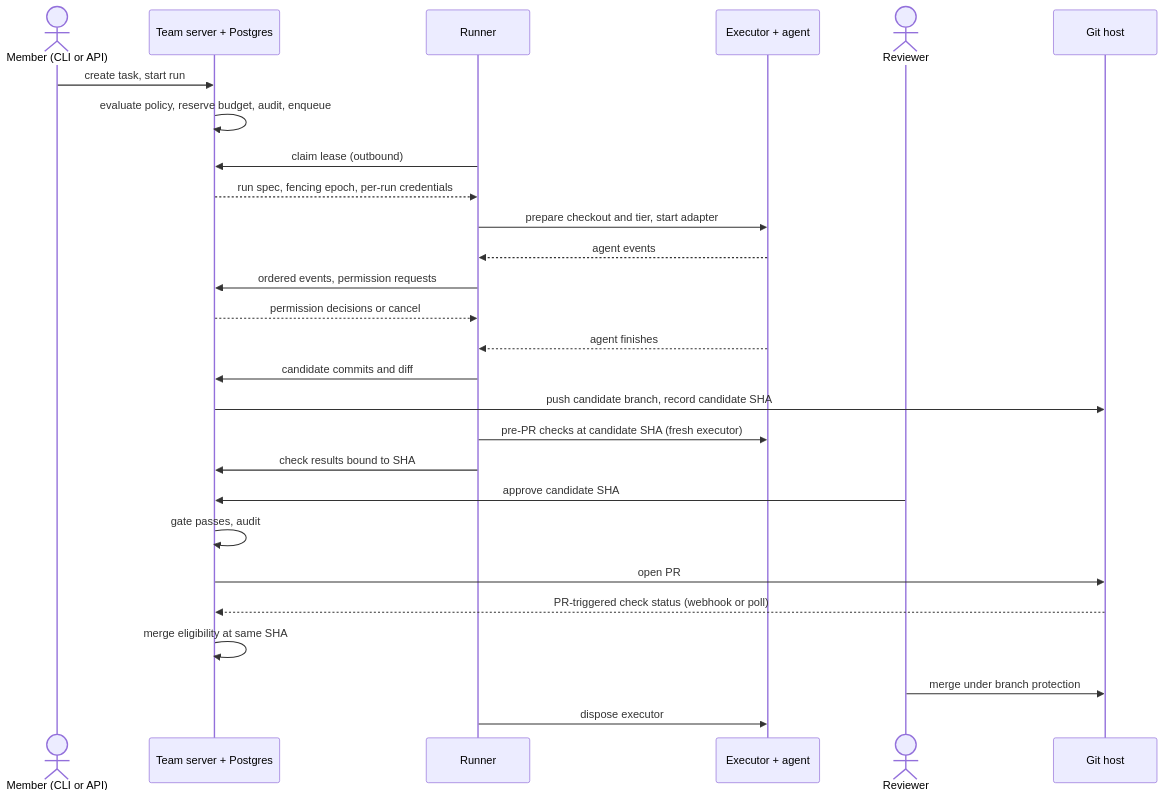
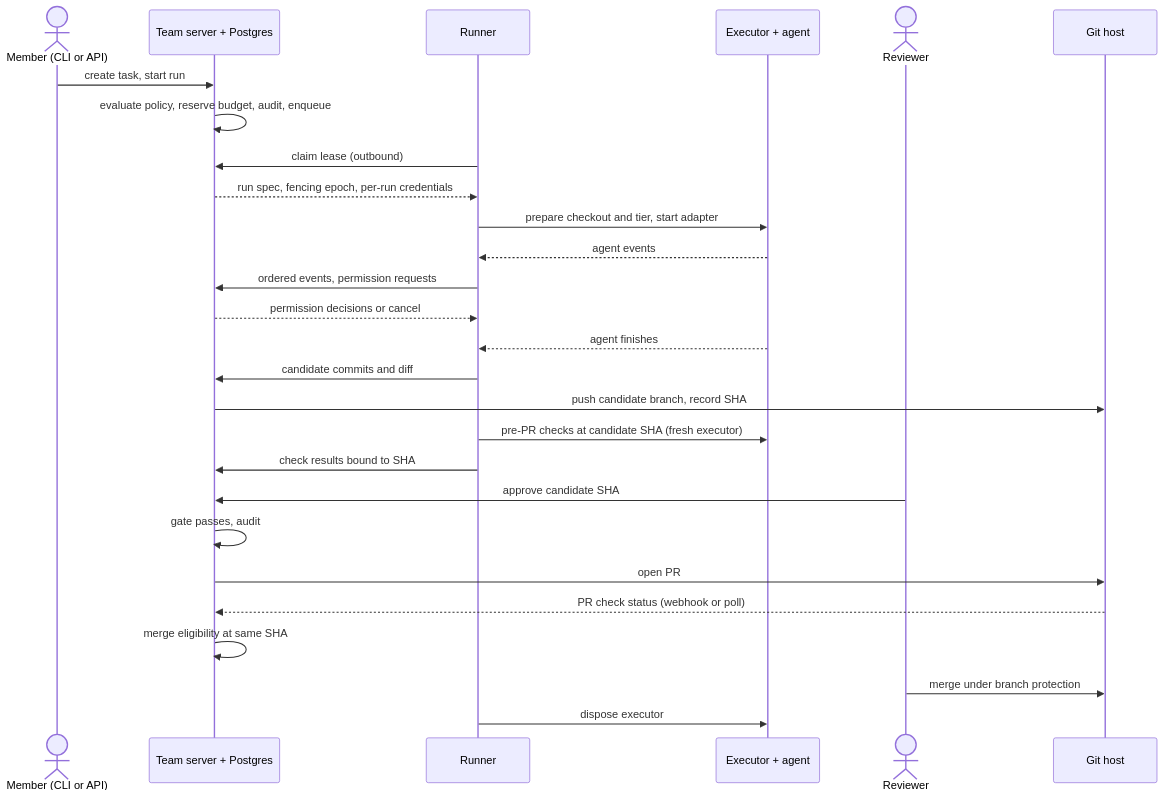
One commit to jeffma8888/baton changed the first of 3 diagrams in docs/design/HLD-000-platform-overview.md. Above: the diagram before and after it, drawn with Mermaid. The commit also changed other lines of this file, not shown here.

````diff
--- a/docs/design/HLD-000-platform-overview.md
+++ b/docs/design/HLD-000-platform-overview.md
@@ -174,29 +165,29 @@
 ```mermaid
 sequenceDiagram
     actor M as Member (CLI or API)
     participant S as Team server + Postgres
     participant R as Runner
     participant X as Executor + agent
     actor V as Reviewer
     participant G as Git host
     M->>S: create task, start run
     S->>S: evaluate policy, reserve budget, audit, enqueue
     R->>S: claim lease (outbound)
     S-->>R: run spec, fencing epoch, per-run credentials
     R->>X: prepare checkout and tier, start adapter
     X-->>R: agent events
     R->>S: ordered events, permission requests
     S-->>R: permission decisions or cancel
     X-->>R: agent finishes
     R->>S: candidate commits and diff
-    S->>G: push candidate branch, record candidate SHA
+    S->>G: push candidate branch, record SHA
     R->>X: pre-PR checks at candidate SHA (fresh executor)
     R->>S: check results bound to SHA
     V->>S: approve candidate SHA
     S->>S: gate passes, audit
     S->>G: open PR
-    G-->>S: PR-triggered check status (webhook or poll)
+    G-->>S: PR check status (webhook or poll)
     S->>S: merge eligibility at same SHA
     V->>G: merge under branch protection
     R->>X: dispose executor
 ```
````
